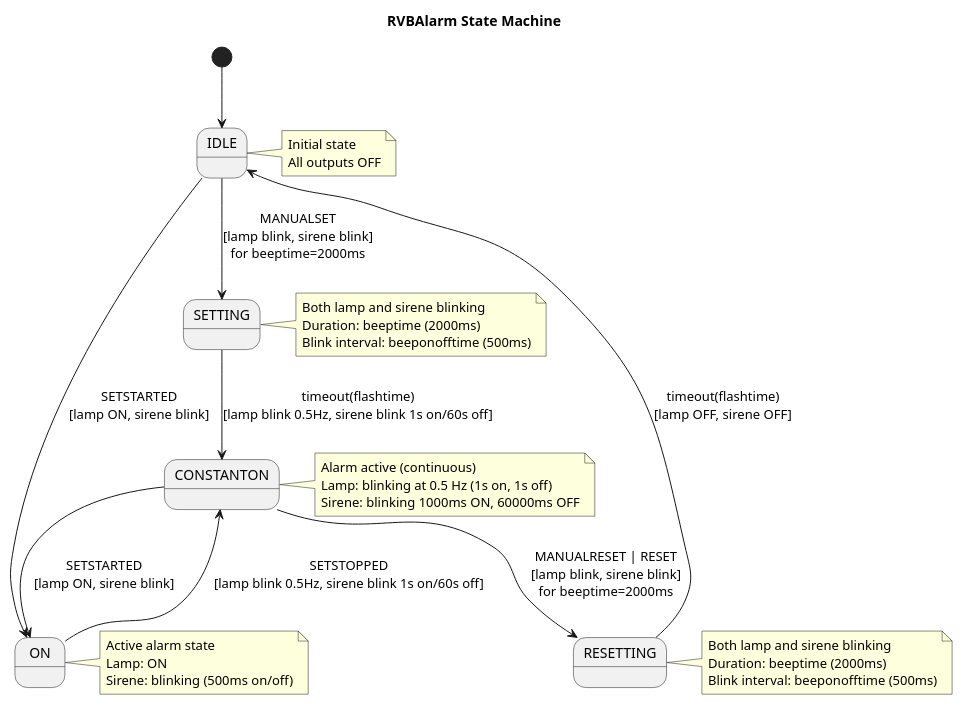
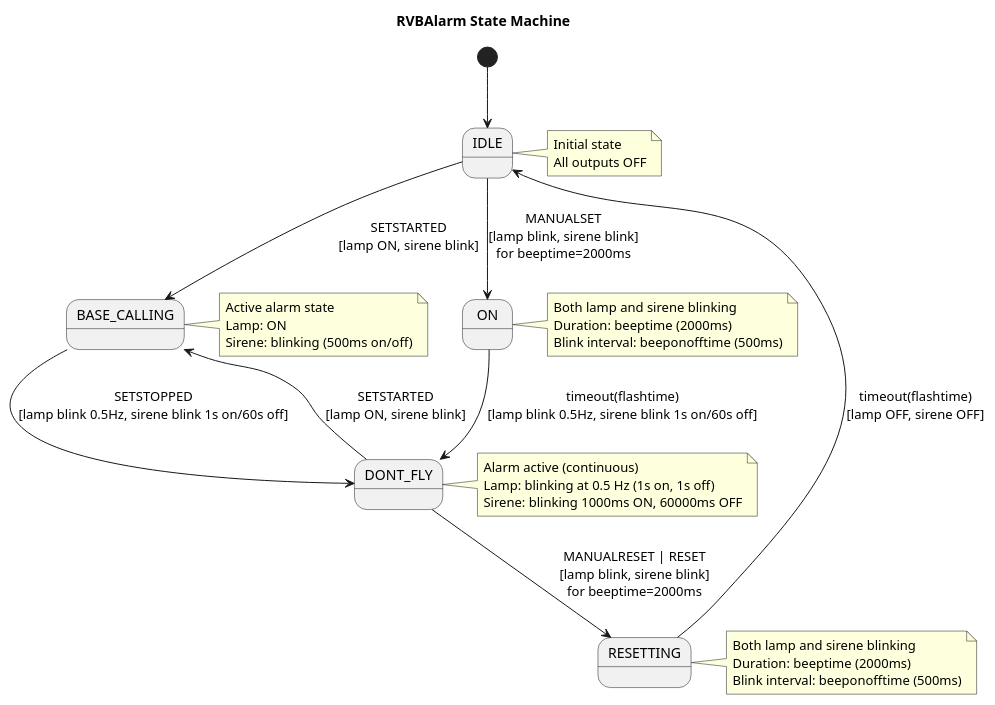
The diagram in docs/state_machine.puml (pdingemans/RVBAlarm), drawn with PlantUML before and after one commit. The commit also changed 2 other files, not shown here.

```diff
--- a/docs/state_machine.puml
+++ b/docs/state_machine.puml
@@ -1,47 +1,47 @@
 @startuml RVBAlarm_StateMachine
 title RVBAlarm State Machine
 
 [*] --> IDLE
 
-IDLE --> SETTING: MANUALSET\n[lamp blink, sirene blink]\nfor beeptime=2000ms
-IDLE --> ON: SETSTARTED\n[lamp ON, sirene blink]
+IDLE --> ON: MANUALSET\n[lamp blink, sirene blink]\nfor beeptime=2000ms
+IDLE --> BASE_CALLING: SETSTARTED\n[lamp ON, sirene blink]
 
-ON --> CONSTANTON: SETSTOPPED\n[lamp blink 0.5Hz, sirene blink 1s on/60s off]
+BASE_CALLING --> DONT_FLY: SETSTOPPED\n[lamp blink 0.5Hz, sirene blink 1s on/60s off]
 
-CONSTANTON --> RESETTING: MANUALRESET | RESET\n[lamp blink, sirene blink]\nfor beeptime=2000ms
-CONSTANTON --> ON: SETSTARTED\n[lamp ON, sirene blink]
+DONT_FLY --> RESETTING: MANUALRESET | RESET\n[lamp blink, sirene blink]\nfor beeptime=2000ms
+DONT_FLY --> BASE_CALLING: SETSTARTED\n[lamp ON, sirene blink]
 
-SETTING --> CONSTANTON: timeout(flashtime)\n[lamp blink 0.5Hz, sirene blink 1s on/60s off]
+ON --> DONT_FLY: timeout(flashtime)\n[lamp blink 0.5Hz, sirene blink 1s on/60s off]
 
 RESETTING --> IDLE: timeout(flashtime)\n[lamp OFF, sirene OFF]
 
 note right of IDLE
   Initial state
   All outputs OFF
 end note
 
-note right of SETTING
+note right of BASE_CALLING
+  Active alarm state
+  Lamp: ON
+  Sirene: blinking (500ms on/off)
+end note
+
+note right of ON
   Both lamp and sirene blinking
   Duration: beeptime (2000ms)
   Blink interval: beeponofftime (500ms)
 end note
 
-note right of ON
-  Active alarm state
-  Lamp: ON
-  Sirene: blinking (500ms on/off)
-end note
-
-note right of CONSTANTON
+note right of DONT_FLY
   Alarm active (continuous)
   Lamp: blinking at 0.5 Hz (1s on, 1s off)
   Sirene: blinking 1000ms ON, 60000ms OFF
 end note
 
 note right of RESETTING
   Both lamp and sirene blinking
   Duration: beeptime (2000ms)
   Blink interval: beeponofftime (500ms)
 end note
 
 @enduml
```
